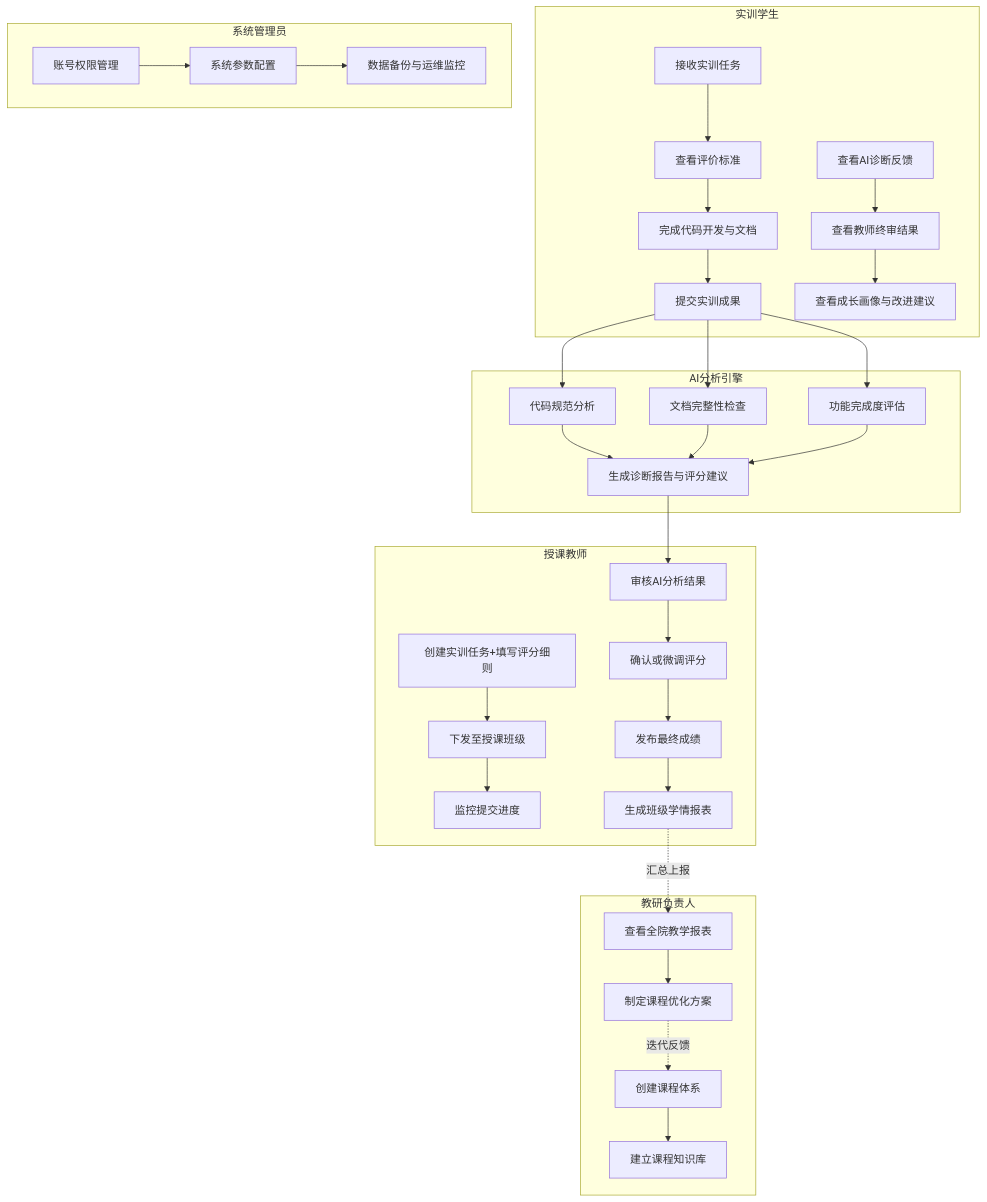
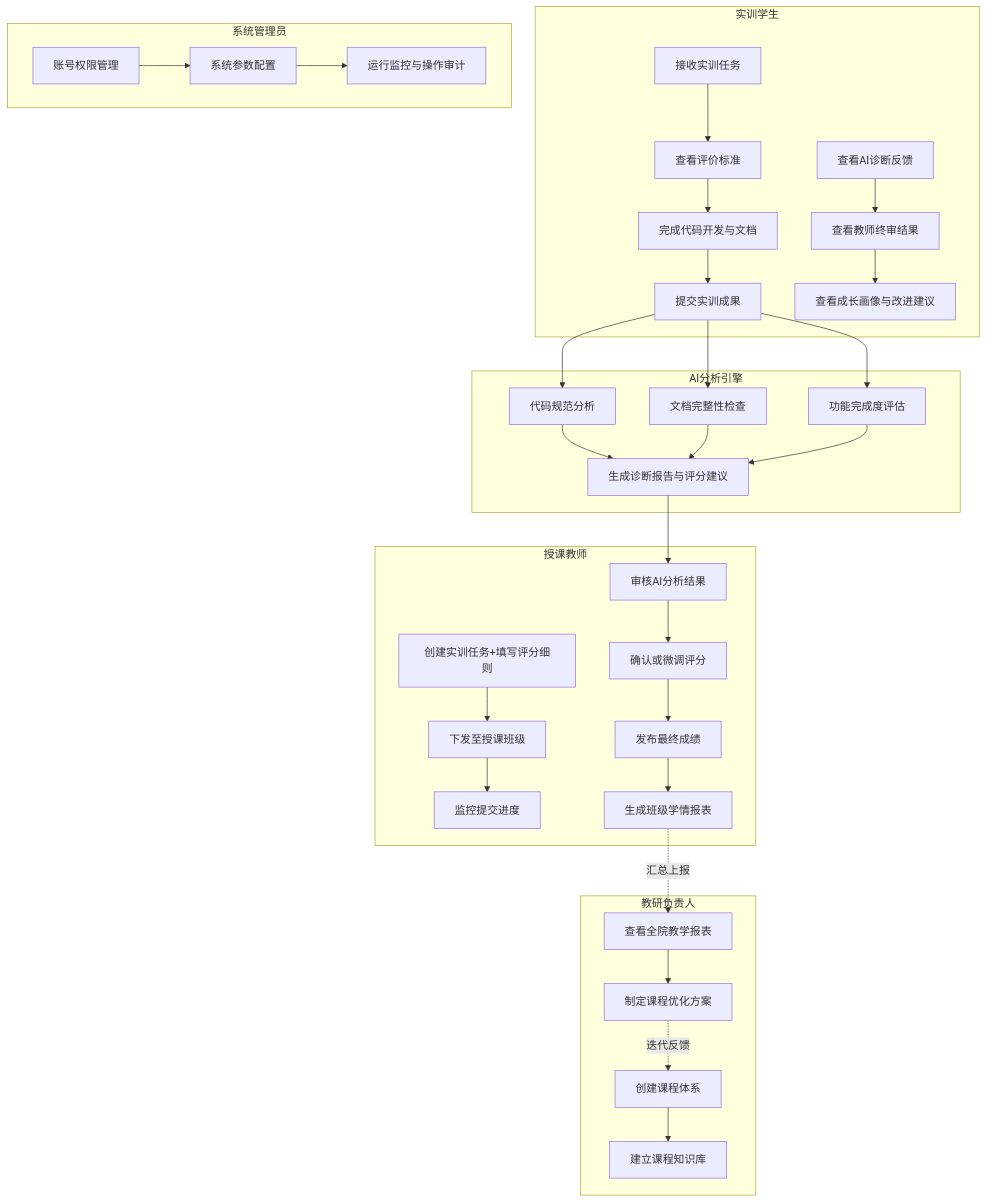
Before and after one commit to sunq821-byte/B1-platform: the fourth of 5 diagrams in docs/01-PRD.md, drawn with Mermaid. The commit also changed other lines of this file and 87 other files, not shown here.

First line of the commit message:
feat: 三角色 UI 改版、图表增强与师生 Mock/仪表盘数据对齐

````diff
--- a/docs/01-PRD.md
+++ b/docs/01-PRD.md
@@ -256,45 +256,45 @@
 ```mermaid
 flowchart TD
     subgraph 教研负责人
         T1[创建课程体系] --> T3[建立课程知识库]
         T9[查看全院教学报表] --> T10[制定课程优化方案]
     end
 
     subgraph 授课教师
         C2[创建实训任务+填写评分细则] --> C3[下发至授课班级]
         C3 --> C4[监控提交进度]
         C6[审核AI分析结果] --> C7[确认或微调评分]
         C7 --> C8[发布最终成绩]
         C8 --> C9[生成班级学情报表]
     end
 
     subgraph 实训学生
         S1[接收实训任务] --> S2[查看评价标准]
         S2 --> S3[完成代码开发与文档]
         S3 --> S4[提交实训成果]
         S5[查看AI诊断反馈] --> S6[查看教师终审结果]
         S6 --> S7[查看成长画像与改进建议]
     end
 
     subgraph AI分析引擎
         AI1[代码规范分析]
         AI2[文档完整性检查]
         AI3[功能完成度评估]
         AI4[生成诊断报告与评分建议]
     end
 
     subgraph 系统管理员
         AD1[账号权限管理] --> AD2[系统参数配置]
-        AD2 --> AD3[数据备份与运维监控]
+        AD2 --> AD3[运行监控与操作审计]
     end
 
     S4 --> AI1
     S4 --> AI2
     S4 --> AI3
     AI1 --> AI4
     AI2 --> AI4
     AI3 --> AI4
     AI4 --> C6
     C9 -. 汇总上报 .-> T9
     T10 -. 迭代反馈 .-> T1
 ```
````
